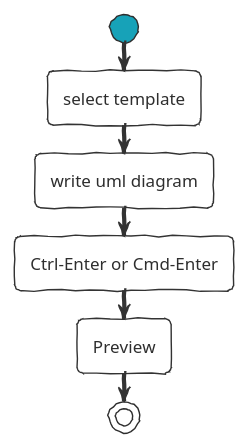
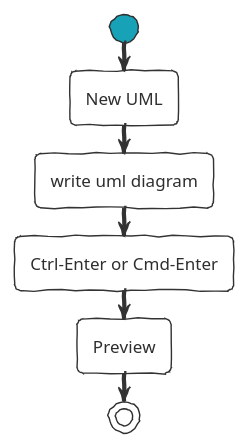
One commit to kkeisuke/plantuml-editor2 changed the diagram in src/assets/templates/default.plantuml. Above: the diagram before and after it, drawn with PlantUML. The commit also changed 3 other files, not shown here.

```diff
--- a/src/assets/templates/default.plantuml
+++ b/src/assets/templates/default.plantuml
@@ -1,14 +1,14 @@
 @startuml
 
 !theme sketchy-outline
 
 start
 
-:select template;
+:New UML;
 :write uml diagram;
 :Ctrl-Enter or Cmd-Enter;
 :Preview;
 
 stop
 
 @enduml
```
